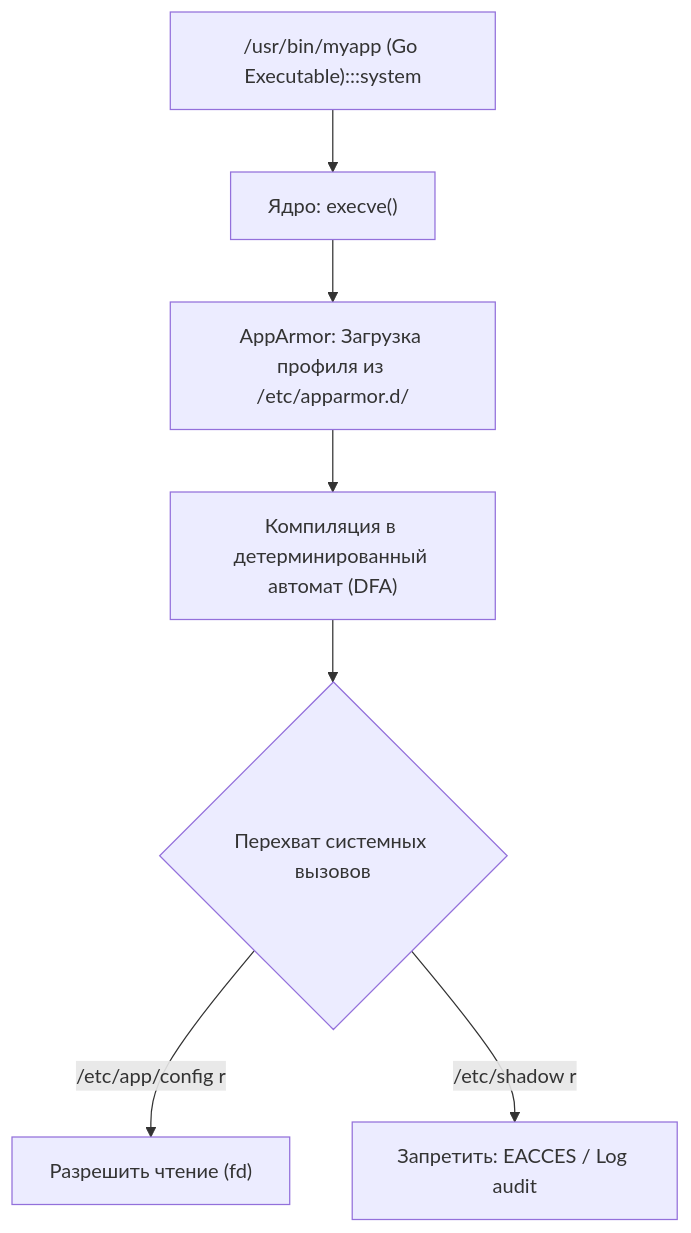
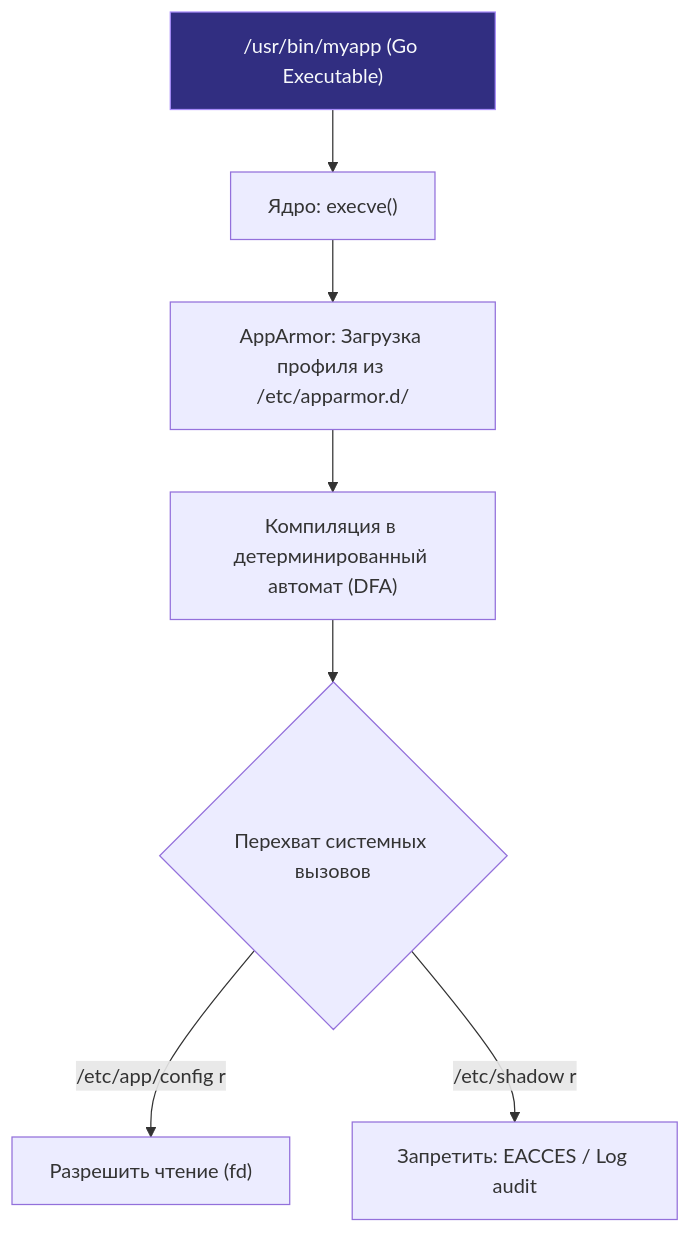
The fourth of 5 diagrams in sources/2. Устройство и работа ОС/58. SELinux и AppArmor.md (UnrealTemplier/go-textbook-ru), drawn with Mermaid before and after one commit. The commit also changed 166 other files, not shown here.

First line of the commit message:
fix(mermaid): move :::class out of quoted node labels

````diff
--- a/sources/2. Устройство и работа ОС/58. SELinux и AppArmor.md
+++ b/sources/2. Устройство и работа ОС/58. SELinux и AppArmor.md
@@ -184,19 +184,19 @@
 ```mermaid
 flowchart TD
     classDef process  fill:#1e293b,stroke:#38bdf8,stroke-width:1px,color:#f8fafc
     classDef success  fill:#064e3b,stroke:#34d399,stroke-width:1px,color:#f8fafc
     classDef error    fill:#7f1d1d,stroke:#f87171,stroke-width:1px,color:#f8fafc
     classDef warning  fill:#78350f,stroke:#fbbf24,stroke-width:1px,color:#f8fafc
     classDef entry    fill:#1e3a5f,stroke:#38bdf8,stroke-width:2px,color:#f8fafc
     classDef aux      fill:#334155,stroke:#64748b,stroke-width:1px,color:#f8fafc
     classDef system   fill:#312e81,stroke:#a78bfa,stroke-width:1px,color:#f8fafc
     classDef data     fill:#132d29,stroke:#2dd4bf,stroke-width:1px,color:#f8fafc
     classDef network  fill:#881337,stroke:#fb7185,stroke-width:1px,color:#f8fafc
     classDef accent   fill:#1e1b4b,stroke:#818cf8,stroke-width:1px,color:#f8fafc
-    AppBinary["/usr/bin/myapp (Go Executable):::system"] --> KernelLoader["Ядро: execve()"]
+    AppBinary["/usr/bin/myapp (Go Executable)"]:::system --> KernelLoader["Ядро: execve()"]
     KernelLoader --> AppArmorParser["AppArmor: Загрузка профиля из /etc/apparmor.d/"]
     AppArmorParser --> CompiledDFA["Компиляция в детерминированный автомат (DFA)"]
     CompiledDFA --> SyscallMonitor{"Перехват системных вызовов"}
     SyscallMonitor -->|/etc/app/config r| AllowRead["Разрешить чтение (fd)"]
     SyscallMonitor -->|/etc/shadow r| DenyRead["Запретить: EACCES / Log audit"]
 ```
````
